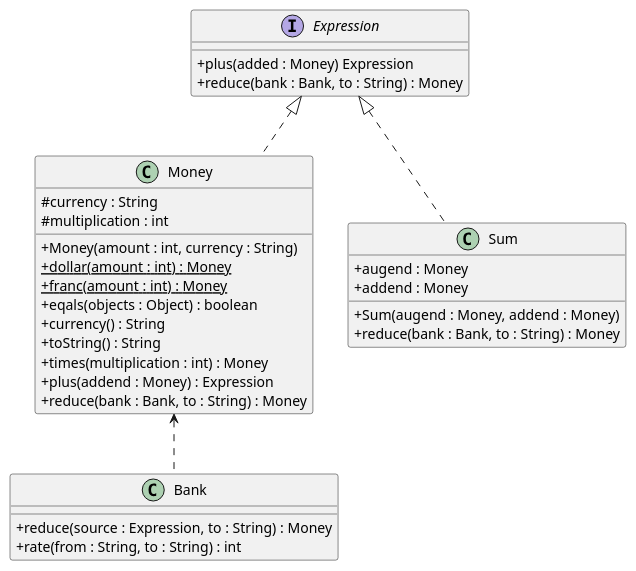
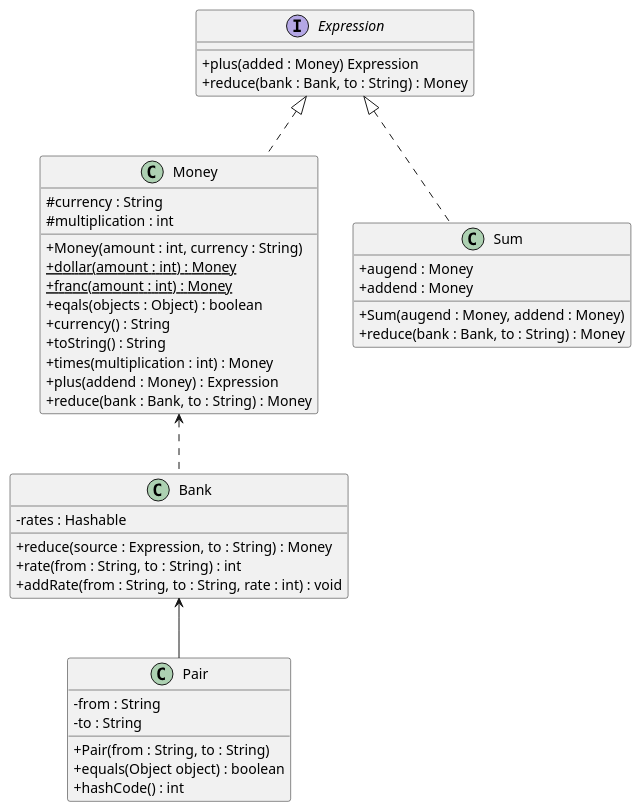
The diagram in ClassDiagram.puml (NOHYC/TDD_project), drawn with PlantUML before and after one commit. The commit also changed 11 other files, not shown here.

Commit message:
chapter 14 : 환율 적용(환율 매핑 해시테이블) 1. 테스트와 코드 부분에 환율 정보인 2를 Bank에서 관리 하도록 환율표 작성 2. 두 개의 통화와 환율을 매핑시키는 해시 테이블 사용 3. 동치성에 실패한 배열 말고 객체(Pair)로 해시 테이블 생성 4. 테스트 성공

```diff
--- a/ClassDiagram.puml
+++ b/ClassDiagram.puml
@@ -1,42 +1,51 @@
 @startuml
 'https://plantuml.com/class-diagram
 skinparam classAttributeIconSize 0
-/' 14장 : 환율 적용(인터페이스 수정)
+/' 14장 : 환율 적용(환율 매핑 해시테이블)
 '/
 class Money
 interface Expression
 class Bank
 class Sum
-
+class Pair
 Expression <|.. Money
 Money <.. Bank
 Expression <|.. Sum
-
+Bank <-- Pair
 class Money{
  #currency : String
  #multiplication : int
  +Money(amount : int, currency : String)
  +dollar(amount : int) : {static} Money
  +franc(amount : int) : {static} Money
  +eqals(objects : Object) : boolean
  +currency() : String
  +toString() : String
  +times(multiplication : int) : Money
  +plus(addend : Money) : Expression
  +reduce(bank : Bank, to : String) : Money
 }
 interface Expression{
  +plus(added : Money) Expression
  +reduce(bank : Bank, to : String) : Money
 }
 class Bank{
+ -rates : Hashable
  +reduce(source : Expression, to : String) : Money
  +rate(from : String, to : String) : int
+ +addRate(from : String, to : String, rate : int) : void
 }
 class Sum{
  +augend : Money
  +addend : Money
  +Sum(augend : Money, addend : Money)
  +reduce(bank : Bank, to : String) : Money
 }
+class Pair {
+ -from : String
+ -to : String
+  +Pair(from : String, to : String)
+  +equals(Object object) : boolean
+  +hashCode() : int
+}
 @enduml
```
